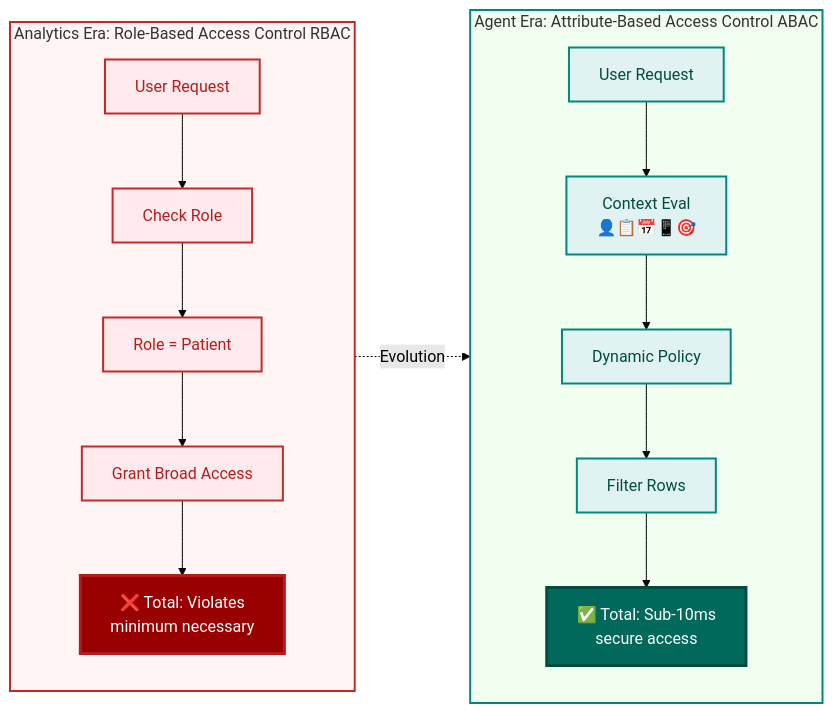
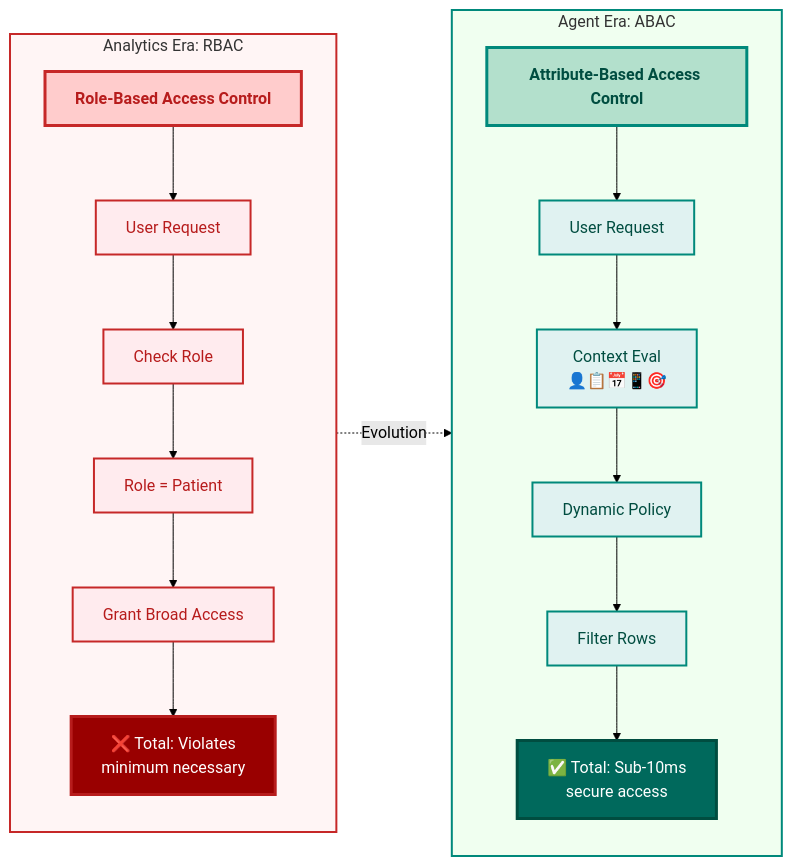
Before and after one commit to colaberry/enterprise-data-readiness-ai-agents: the third of 11 diagrams in chapter-02/chapter_2_complete.md, drawn with Mermaid (forest theme). The commit also changed 2 other files, not shown here.

Commit message:
Updated diagram titles for better readability.
Updated diagram titles for better readability.

````diff
--- a/chapter-02/chapter_2_complete.md
+++ b/chapter-02/chapter_2_complete.md
@@ -269,48 +269,54 @@
 ```mermaid
 graph LR
-    subgraph OLD["Analytics Era: Role-Based Access Control RBAC"]
+    subgraph OLD["Analytics Era: RBAC"]
+        TITLE1["Role-Based Access Control"]
         R1["User Request"]
         R2["Check Role"]
         R3["Role = Patient"]
         R4["Grant Broad Access"]
         R5["❌ Total: Violates
         minimum necessary"]
         
+        TITLE1 --> R1
         R1 --> R2
         R2 --> R3
         R3 --> R4
         R4 --> R5
     end
     
     OLD -.->|Evolution| NEW
     
-    subgraph NEW["Agent Era: Attribute-Based Access Control ABAC"]
+    subgraph NEW["Agent Era: ABAC"]
+        TITLE2["Attribute-Based Access Control"]
         A1["User Request"]
         A2["Context Eval
         👤📋📅📱🎯"]
         A3["Dynamic Policy"]
         A4["Filter Rows"]
         A5["✅ Total: Sub-10ms
         secure access"]
         
+        TITLE2 --> A1
         A1 --> A2
         A2 --> A3
         A3 --> A4
         A4 --> A5
     end
     
+    style TITLE1 fill:#ffcccc,stroke:#c62828,stroke-width:3px,color:#b71c1c,font-weight:bold
     style R1 fill:#ffebee,stroke:#c62828,stroke-width:2px,color:#b71c1c
     style R2 fill:#ffebee,stroke:#c62828,stroke-width:2px,color:#b71c1c
     style R3 fill:#ffebee,stroke:#c62828,stroke-width:2px,color:#b71c1c
     style R4 fill:#ffebee,stroke:#c62828,stroke-width:2px,color:#b71c1c
     style R5 fill:#990000,color:#ffffff,stroke:#b71c1c,stroke-width:3px
     
+    style TITLE2 fill:#b3e0cc,stroke:#00897b,stroke-width:3px,color:#004d40,font-weight:bold
     style A1 fill:#e0f2f1,stroke:#00897b,stroke-width:2px,color:#004d40
     style A2 fill:#e0f2f1,stroke:#00897b,stroke-width:2px,color:#004d40
     style A3 fill:#e0f2f1,stroke:#00897b,stroke-width:2px,color:#004d40
     style A4 fill:#e0f2f1,stroke:#00897b,stroke-width:2px,color:#004d40
     style A5 fill:#00695c,color:#ffffff,stroke:#004d40,stroke-width:3px
     
     style OLD fill:#fff5f5,stroke:#c62828,stroke-width:2px
     style NEW fill:#f0fff0,stroke:#00897b,stroke-width:2px
 ```
````
